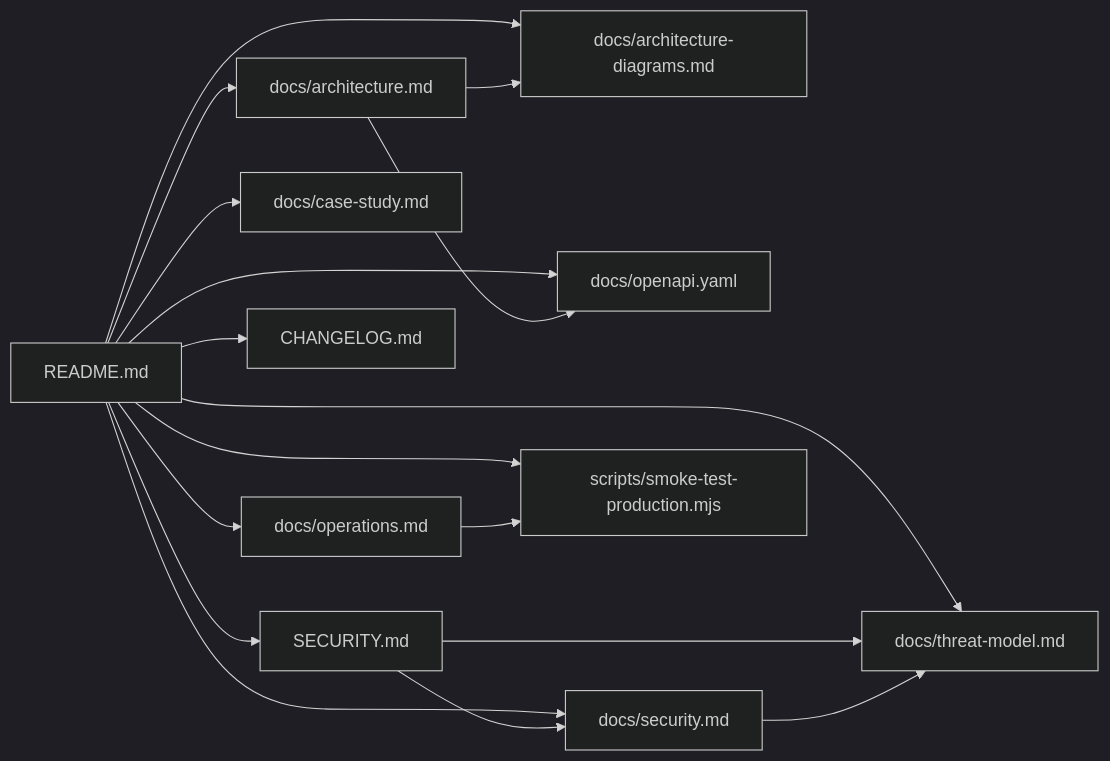
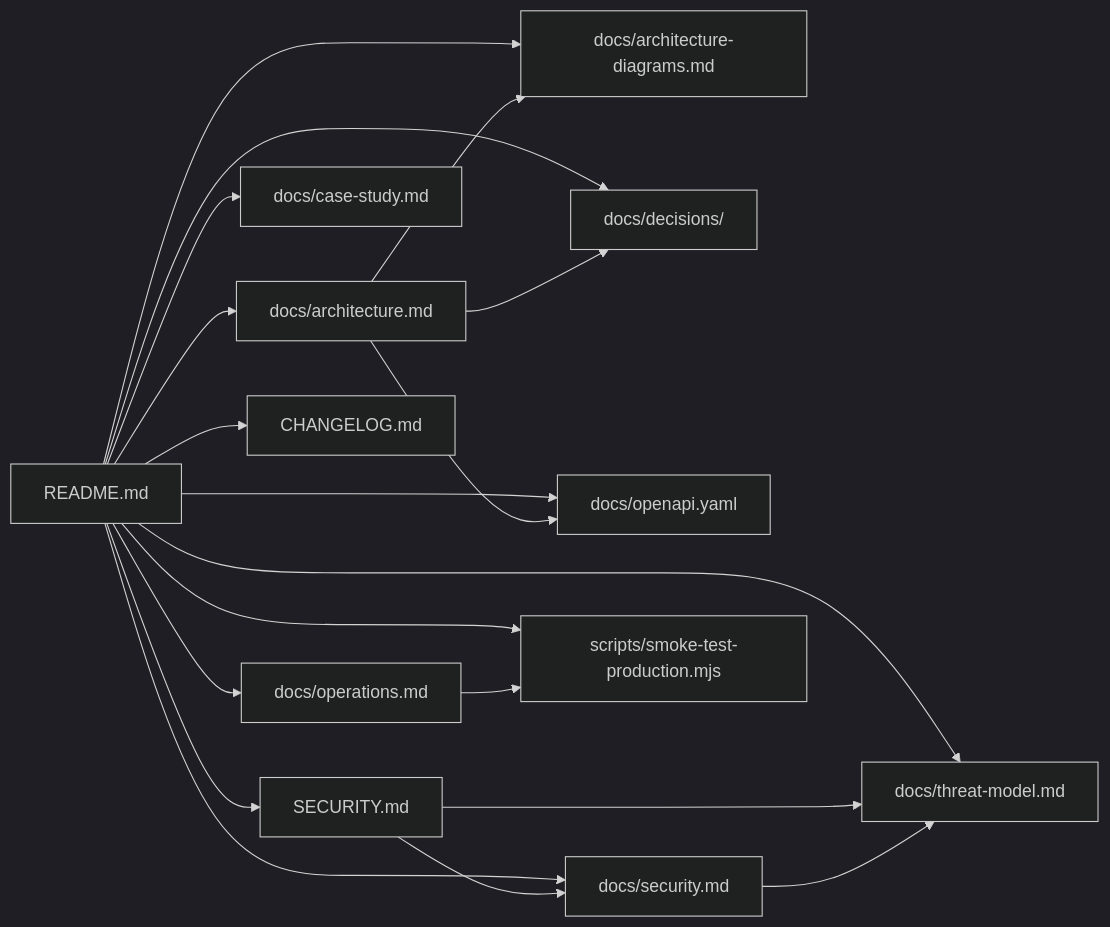
Diagram 12 of 12 in docs/architecture-diagrams.md (BlockShield-Systems/swiss-market-dashboard), drawn with Mermaid (dark theme) before and after one commit. The commit also changed other lines of this file and 8 other files, not shown here.

Commit message:
Add architecture decision records

````diff
--- a/docs/architecture-diagrams.md
+++ b/docs/architecture-diagrams.md
@@ -479,32 +479,35 @@
 ```mermaid
 flowchart LR
   Readme["README.md"]
   SecurityPolicy["SECURITY.md"]
   Architecture["docs/architecture.md"]
   Diagrams["docs/architecture-diagrams.md"]
+  Decisions["docs/decisions/"]
   CaseStudy["docs/case-study.md"]
   OpenApi["docs/openapi.yaml"]
   Operations["docs/operations.md"]
   Security["docs/security.md"]
   ThreatModel["docs/threat-model.md"]
   Changelog["CHANGELOG.md"]
   Smoke["scripts/smoke-test-production.mjs"]
 
   Readme --> SecurityPolicy
   Readme --> Architecture
   Readme --> Diagrams
+  Readme --> Decisions
   Readme --> CaseStudy
   Readme --> OpenApi
   Readme --> Operations
   Readme --> Security
   Readme --> ThreatModel
   Readme --> Smoke
   Readme --> Changelog
 
   Architecture --> Diagrams
+  Architecture --> Decisions
   Architecture --> OpenApi
   SecurityPolicy --> Security
   SecurityPolicy --> ThreatModel
   Security --> ThreatModel
   Operations --> Smoke
 ```
````
